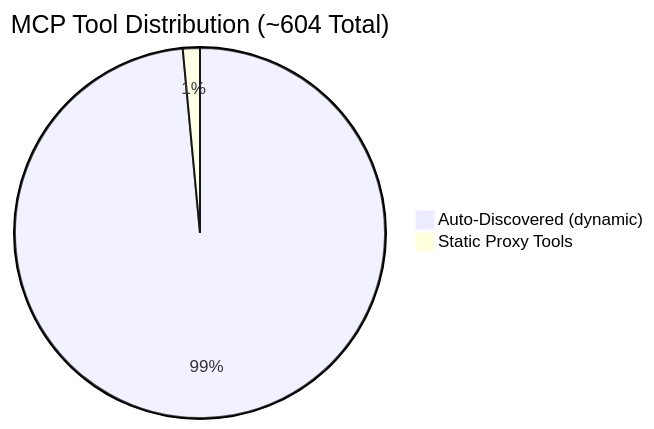
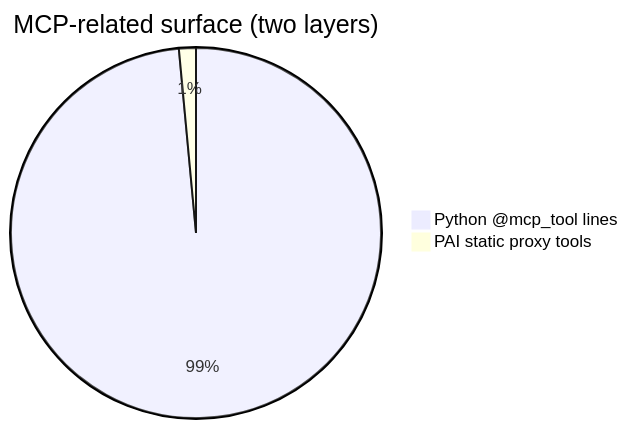
The eighth of 11 diagrams in docs/getting-started/GETTING_STARTED_WITH_AGENTS.md (docxology/codomyrmex), drawn with Mermaid before and after one commit. The commit also changed other lines of this file and 946 other files, not shown here.

````diff
--- a/docs/getting-started/GETTING_STARTED_WITH_AGENTS.md
+++ b/docs/getting-started/GETTING_STARTED_WITH_AGENTS.md
@@ -404,5 +404,5 @@
 ```mermaid
-pie title MCP Tool Distribution (~604 Total)
-    "Auto-Discovered (dynamic)" : 595
-    "Static Proxy Tools" : 9
+pie title MCP-related surface (two layers)
+    "Python @mcp_tool lines" : 600
+    "PAI static proxy tools" : 9
 ```
````
